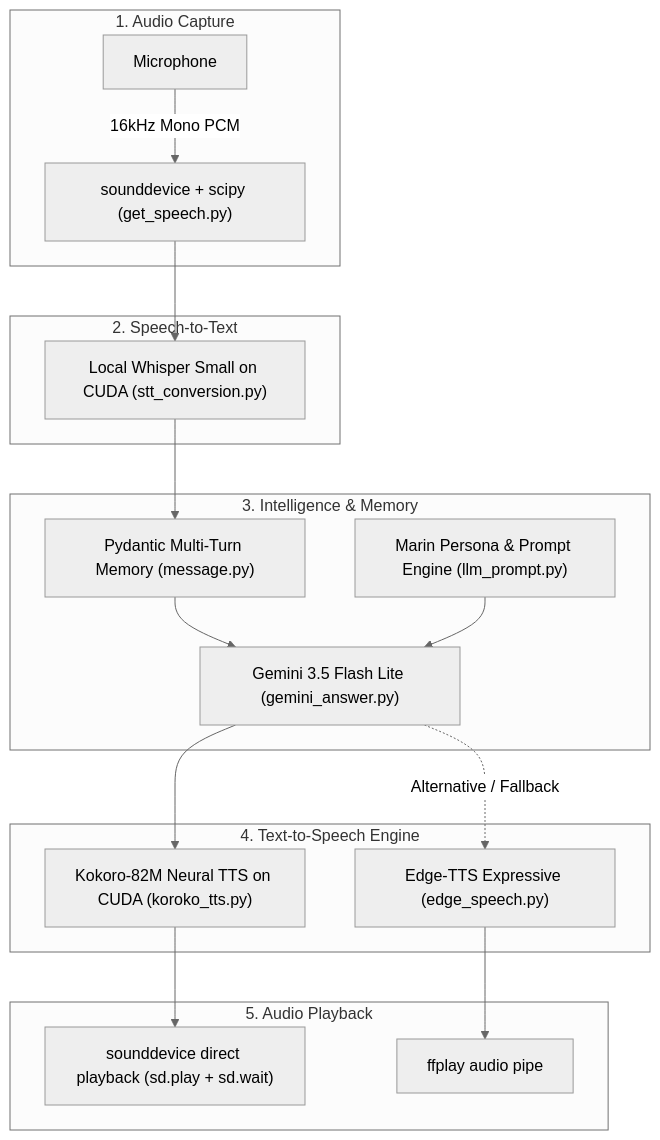
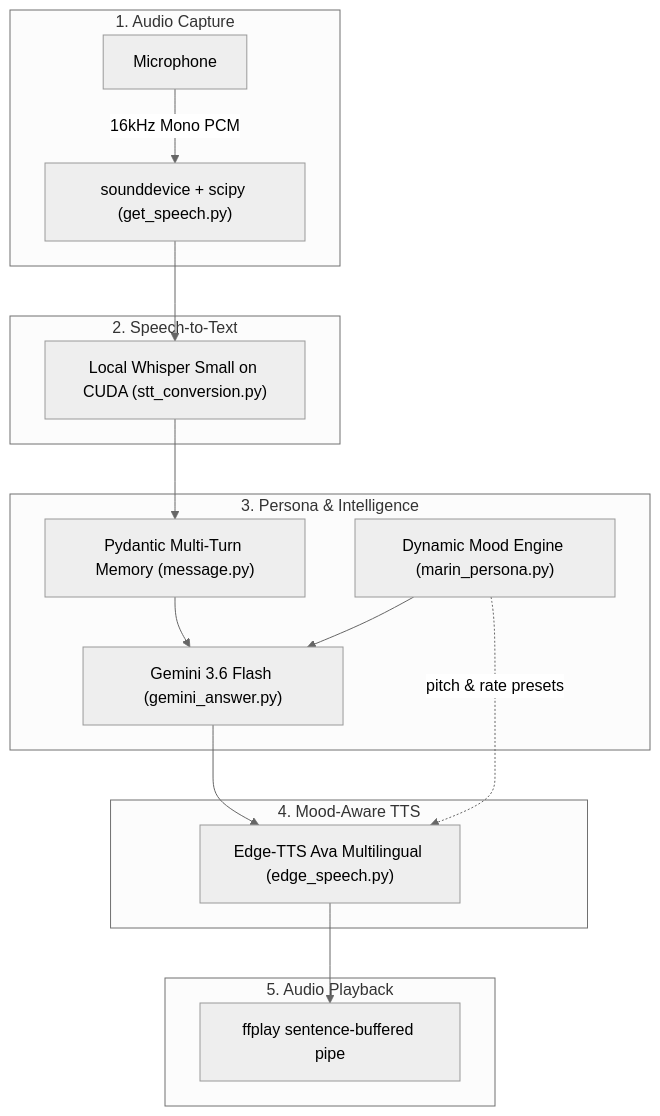
Before and after one commit to subhamoydatta703/Marin: the first of 2 diagrams in README.md, drawn with Mermaid (neutral theme). The commit also changed other lines of this file and 8 other files, not shown here.

````diff
--- a/README.md
+++ b/README.md
@@ -42,26 +51,25 @@
 ```mermaid
 flowchart TD
     subgraph Input ["1. Audio Capture"]
         Mic[Microphone] -->|16kHz Mono PCM| Rec["sounddevice + scipy (get_speech.py)"]
     end
 
     subgraph STT ["2. Speech-to-Text"]
         Rec --> STT_Whisper["Local Whisper Small on CUDA (stt_conversion.py)"]
     end
 
-    subgraph Brain ["3. Intelligence & Memory"]
+    subgraph Brain ["3. Persona & Intelligence"]
         STT_Whisper --> Memory["Pydantic Multi-Turn Memory (message.py)"]
-        Memory --> LLM["Gemini 3.5 Flash Lite (gemini_answer.py)"]
-        Prompt["Marin Persona & Prompt Engine (llm_prompt.py)"] --> LLM
+        Memory --> LLM["Gemini 3.6 Flash (gemini_answer.py)"]
+        Persona["Dynamic Mood Engine (marin_persona.py)"] --> LLM
     end
 
-    subgraph TTS ["4. Text-to-Speech Engine"]
-        LLM --> TTS_Kokoro["Kokoro-82M Neural TTS on CUDA (koroko_tts.py)"]
-        LLM -.->|Alternative / Fallback| TTS_Edge["Edge-TTS Expressive (edge_speech.py)"]
+    subgraph TTS ["4. Mood-Aware TTS"]
+        LLM --> TTS_Edge["Edge-TTS Ava Multilingual (edge_speech.py)"]
+        Persona -.->|pitch & rate presets| TTS_Edge
     end
 
     subgraph Output ["5. Audio Playback"]
-        TTS_Kokoro --> Spk["sounddevice direct playback (sd.play + sd.wait)"]
-        TTS_Edge --> FFPlay["ffplay audio pipe"]
+        TTS_Edge --> FFPlay["ffplay sentence-buffered pipe"]
     end
 ```
````
